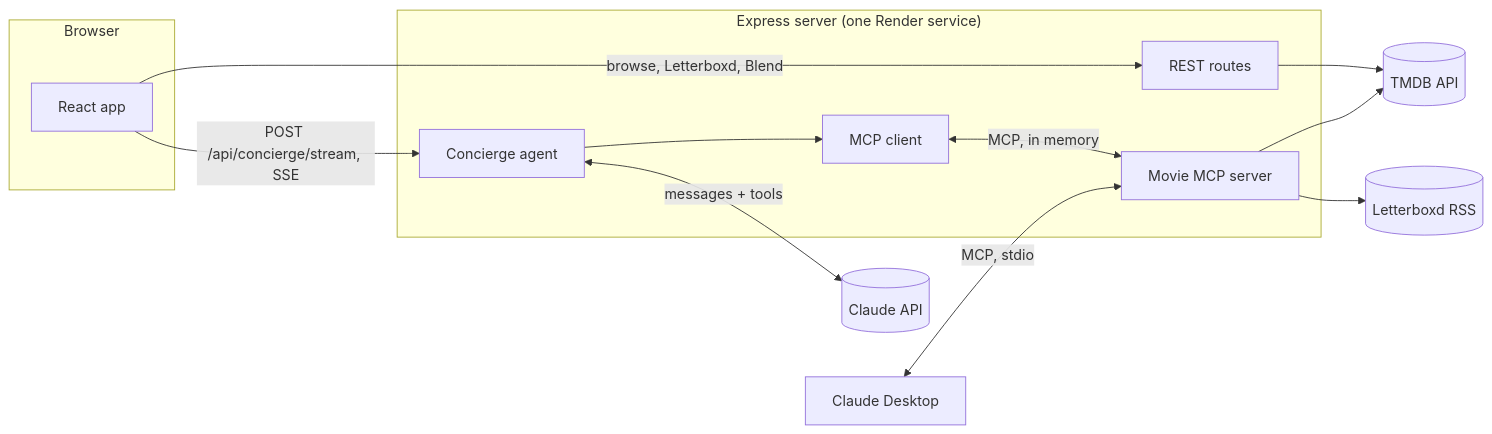
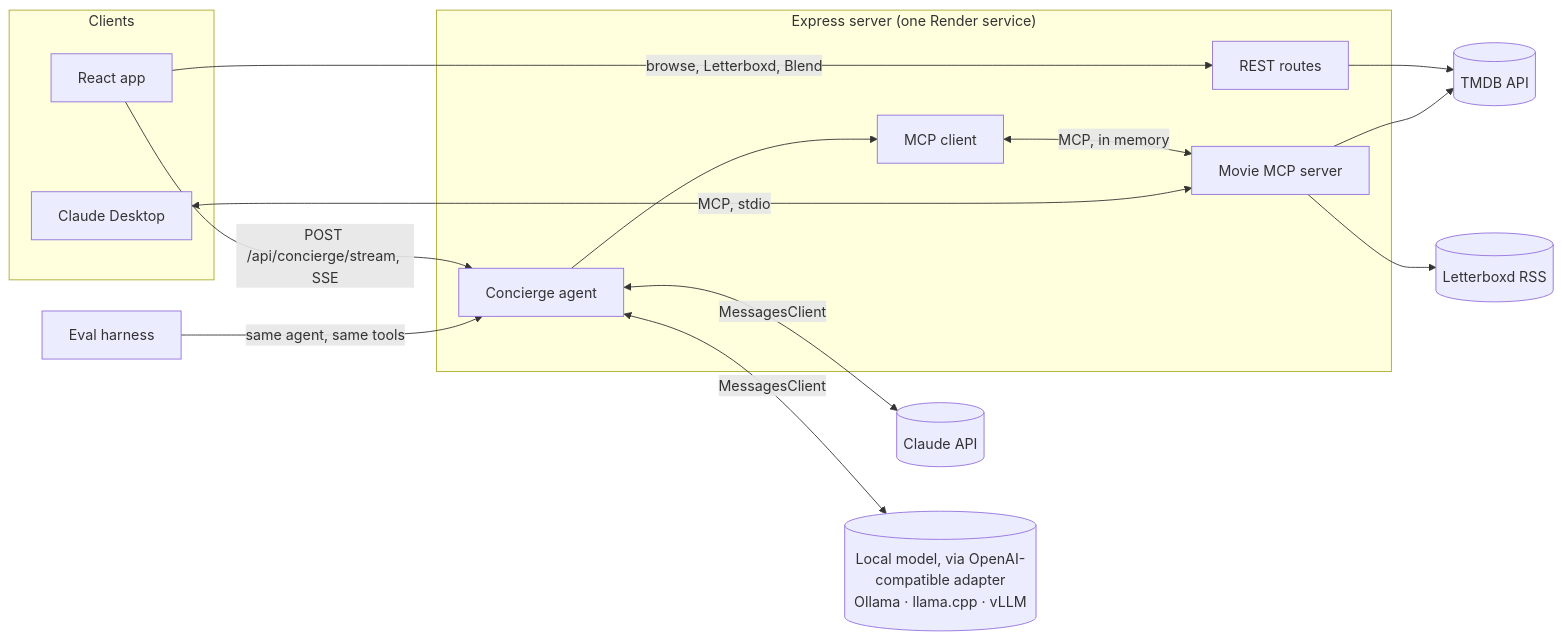
Before and after one commit to mightym215/marquee: the diagram in README.md, drawn with Mermaid. The commit also changed other lines of this file, not shown here.

Commit message:
Update the architecture diagram for the model seam
The diagram still wired the agent straight to the Claude API, which
contradicted the README section on running the agent on another model.
Now shows both backends branching from the agent through the same
MessagesClient interface, and the eval harness driving that same agent.

Groups Claude Desktop with the React app as a client, which is both more
accurate and stops dagre routing the stdio edge through the model nodes
and rendering an edge that does not exist.

Claude-Session: https://claude.ai/code/session_01B7dbdsyjo88SJW2iYVPgMx

````diff
--- a/README.md
+++ b/README.md
@@ -24,24 +24,28 @@
 ```mermaid
 flowchart LR
-  subgraph Browser
+  subgraph Clients
     UI[React app]
+    Desktop[Claude Desktop]
   end
   subgraph Server["Express server (one Render service)"]
     API[REST routes]
     Agent[Concierge agent]
     Client[MCP client]
     MCP[Movie MCP server]
   end
-  Claude[(Claude API)]
   TMDB[(TMDB API)]
   LB[(Letterboxd RSS)]
-  Desktop[Claude Desktop]
+  Claude[(Claude API)]
+  Local[(Local model, via OpenAI-compatible adapter<br/>Ollama · llama.cpp · vLLM)]
+  Eval[Eval harness]
 
   UI -->|browse, Letterboxd, Blend| API --> TMDB
   UI -->|POST /api/concierge/stream, SSE| Agent
-  Agent <-->|messages + tools| Claude
   Agent --> Client <-->|MCP, in memory| MCP
+  Desktop <-->|MCP, stdio| MCP
   MCP --> TMDB
   MCP --> LB
-  Desktop <-->|MCP, stdio| MCP
+  Agent <-->|MessagesClient| Claude
+  Agent <-->|MessagesClient| Local
+  Eval -->|same agent, same tools| Agent
 ```
````
